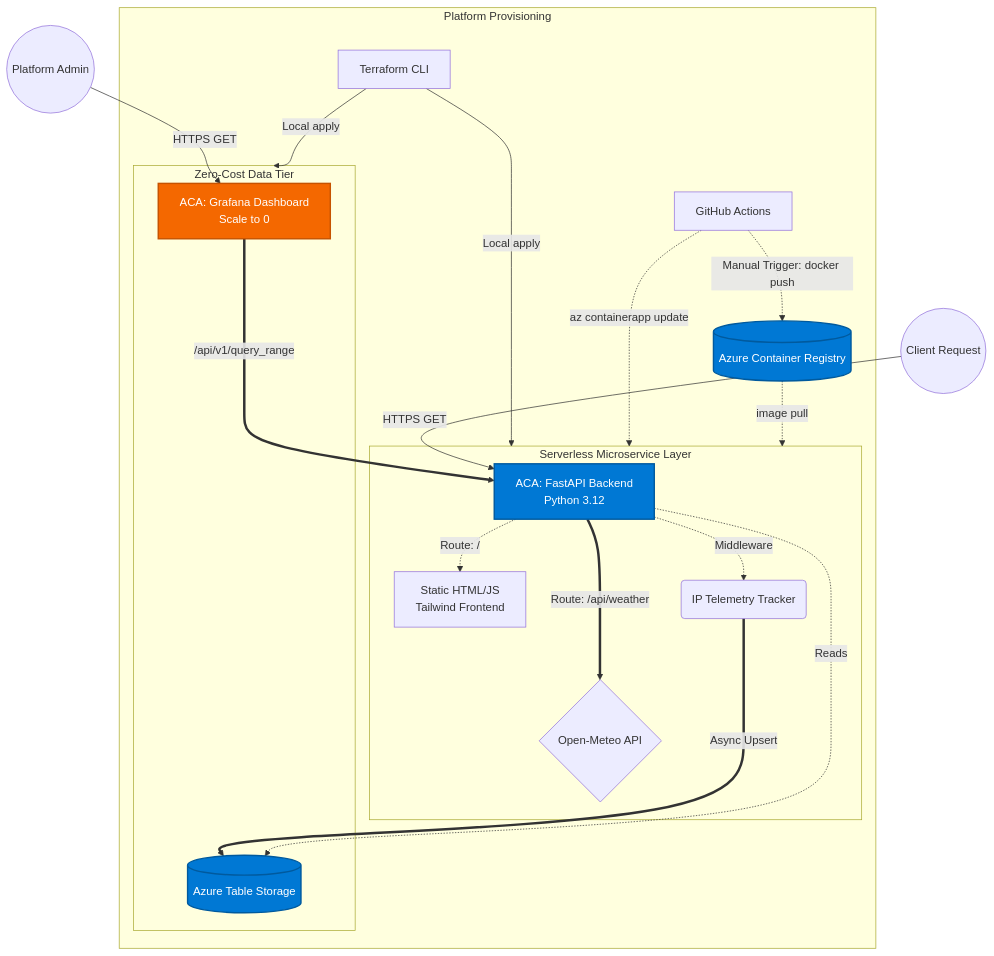
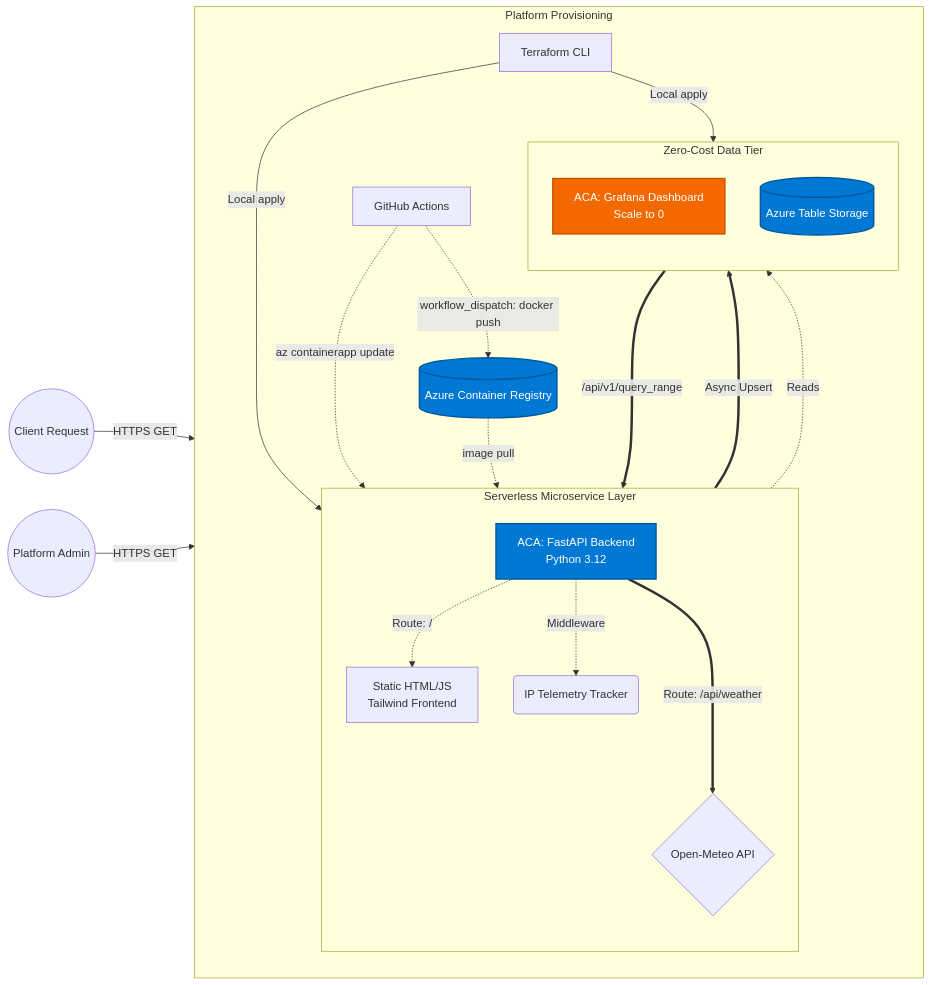
Before and after one commit to hwong5208/azure-weather-app: the diagram in README.md, drawn with Mermaid.

Commit message:
docs: Fix mermaid flowchart node collisions for CI/CD ecosystem

````diff
--- a/README.md
+++ b/README.md
@@ -32,36 +32,39 @@
 ```mermaid
-flowchart TD
+flowchart LR
     %% User Interactions
     User((Client Request)) -->|HTTPS GET| ACA_API[ACA: FastAPI Backend\nPython 3.12]
     Admin((Platform Admin)) -->|HTTPS GET| ACA_Grafana[ACA: Grafana Dashboard\nScale to 0]
     
     %% Compute & Workload
     subgraph Compute [Serverless Microservice Layer]
+        direction TB
         ACA_API -.->|Route: /| Static[Static HTML/JS\nTailwind Frontend]
         ACA_API -.->|Middleware| Tracker(IP Telemetry Tracker)
         ACA_API ===>|Route: /api/weather| OM{Open-Meteo API}
     end
     
     %% Data & Observability
     subgraph Observability [Zero-Cost Data Tier]
+        direction TB
         Tracker ===>|Async Upsert| ATS[(Azure Table Storage)]
         ACA_Grafana ===>|/api/v1/query_range| ACA_API
         ACA_API -.->|Reads| ATS
     end
 
     %% Platform Ecosystem
     subgraph CI_CD [Platform Provisioning]
+        direction TB
         TF[Terraform CLI] -->|Local apply| Compute
         TF -->|Local apply| Observability
-        GH[GitHub Actions] -.->|Manual Trigger: docker push| ACR[(Azure Container Registry)]
+        GH[GitHub Actions] -.->|workflow_dispatch: docker push| ACR[(Azure Container Registry)]
         GH -.->|az containerapp update| Compute
         ACR -.->|image pull| Compute
     end
 
     classDef azure fill:#0078d4,stroke:#005a9e,stroke-width:2px,color:#fff;
     classDef fa fill:#059669,stroke:#047857,stroke-width:2px,color:#fff;
     classDef grafana fill:#F46800,stroke:#C65300,stroke-width:2px,color:#fff;
     
     class ACA_API,ATS,ACR azure;
     class ACA_Grafana grafana;
 ```
````
